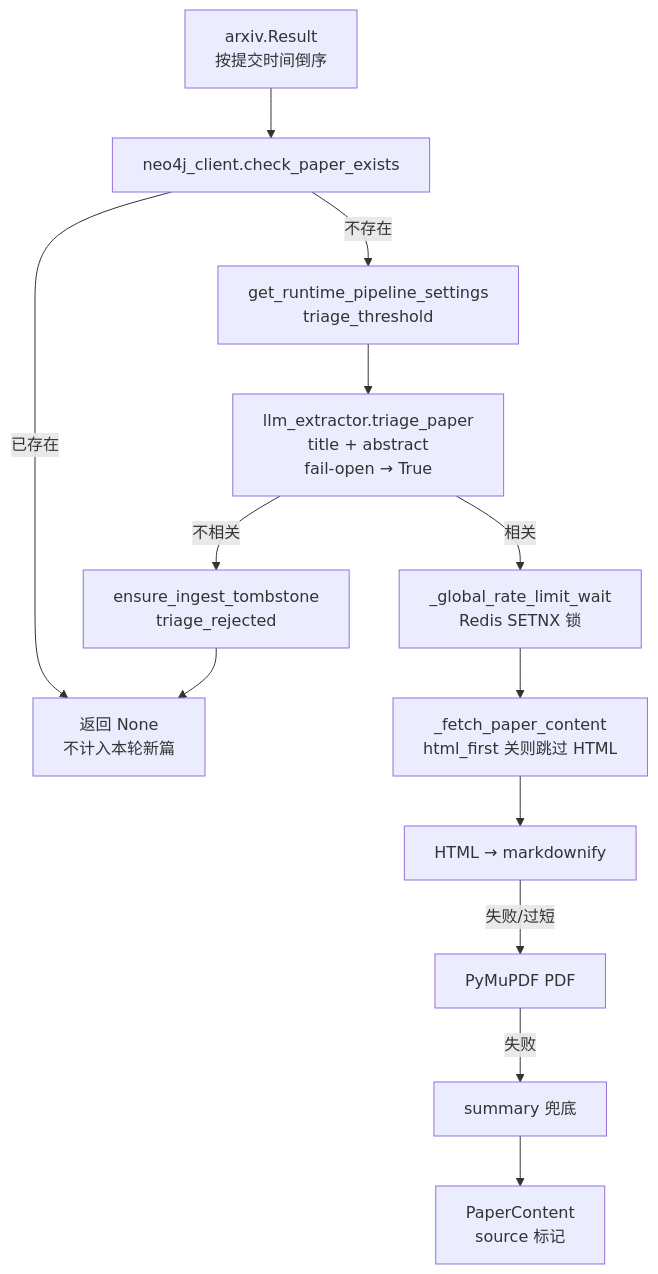
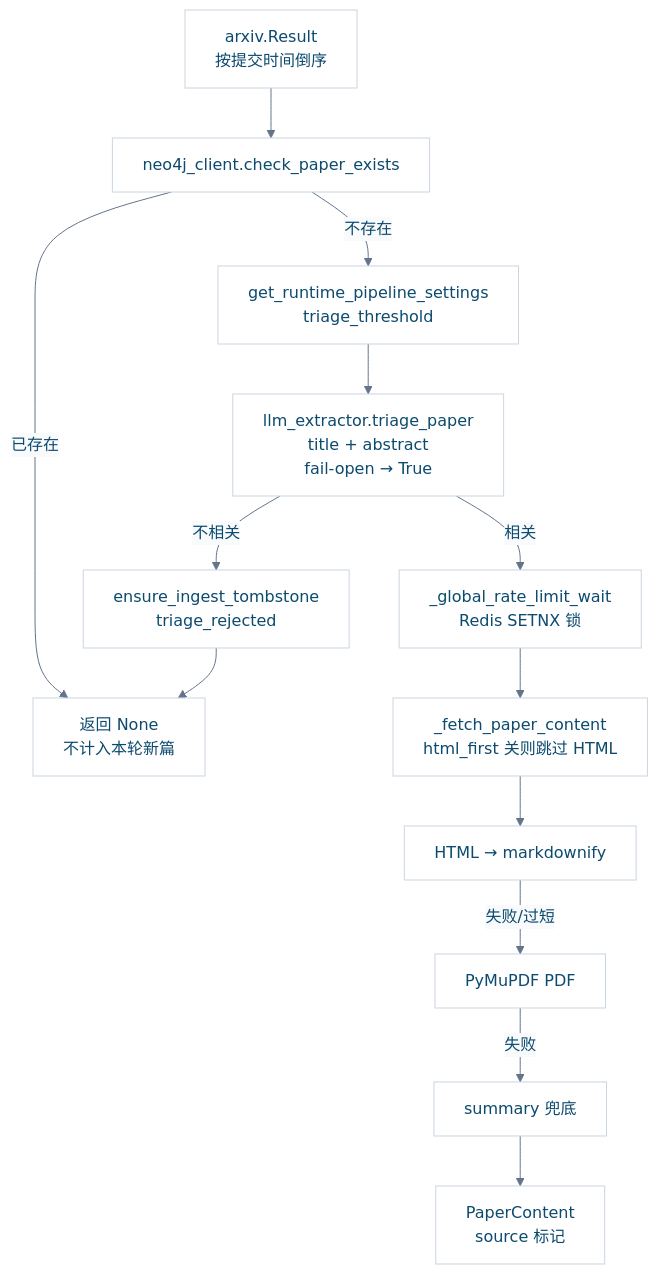
One commit to liu-kaining/ArxPrism changed the seventh of 22 diagrams in spec/DIAGRAMS.md. Above: the diagram before and after it, drawn with Mermaid. The commit also changed other lines of this file, not shown here.

````diff
--- a/spec/DIAGRAMS.md
+++ b/spec/DIAGRAMS.md
@@ -214,15 +276,16 @@
 ```mermaid
+%%{init: {'theme':'base','themeVariables':{'fontFamily':'ui-sans-serif,system-ui,sans-serif','primaryColor':'#e0f2fe','primaryTextColor':'#0c4a6e','primaryBorderColor':'#0284c7','secondaryColor':'#f8fafc','tertiaryColor':'#f1f5f9','lineColor':'#64748b','secondaryTextColor':'#334155','tertiaryTextColor':'#475569','mainBkg':'#ffffff','nodeBorder':'#cbd5e1','defaultLinkColor':'#64748b','clusterBkg':'#f8fafc','clusterBorder':'#e2e8f0','edgeLabelBackground':'#f8fafc','titleColor':'#0f172a','actorBkg':'#e0f2fe','actorBorder':'#0284c7','actorTextColor':'#0c4a6e','signalColor':'#475569','activationBkgColor':'#e2e8f0','activationBorderColor':'#94a3b8','noteBkgColor':'#fffbeb','noteTextColor':'#78350f','noteBorderColor':'#f59e0b'}}}%%
 flowchart TD
     A["arxiv.Result\n按提交时间倒序"] --> B["neo4j_client.check_paper_exists"]
     B -->|已存在| Z["返回 None\n不计入本轮新篇"]
     B -->|不存在| C["get_runtime_pipeline_settings\ntriage_threshold"]
     C --> D["llm_extractor.triage_paper\ntitle + abstract\nfail-open → True"]
     D -->|不相关| T1["ensure_ingest_tombstone\ntriage_rejected"]
     T1 --> Z
     D -->|相关| E["_global_rate_limit_wait\nRedis SETNX 锁"]
     E --> F["_fetch_paper_content\nhtml_first 关则跳过 HTML"]
     F --> G["HTML → markdownify"]
     G -->|失败/过短| H["PyMuPDF PDF"]
     H -->|失败| I["summary 兜底"]
     I --> J["PaperContent\nsource 标记"]
 ```
````
